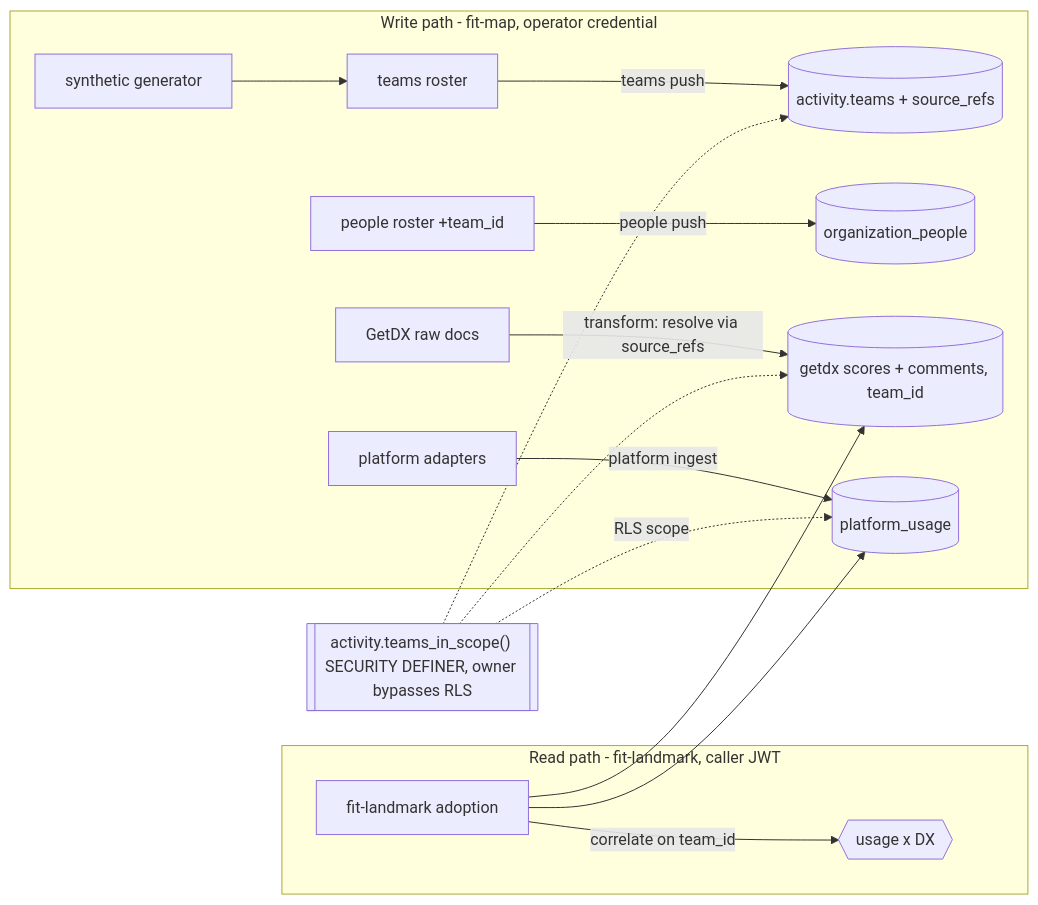
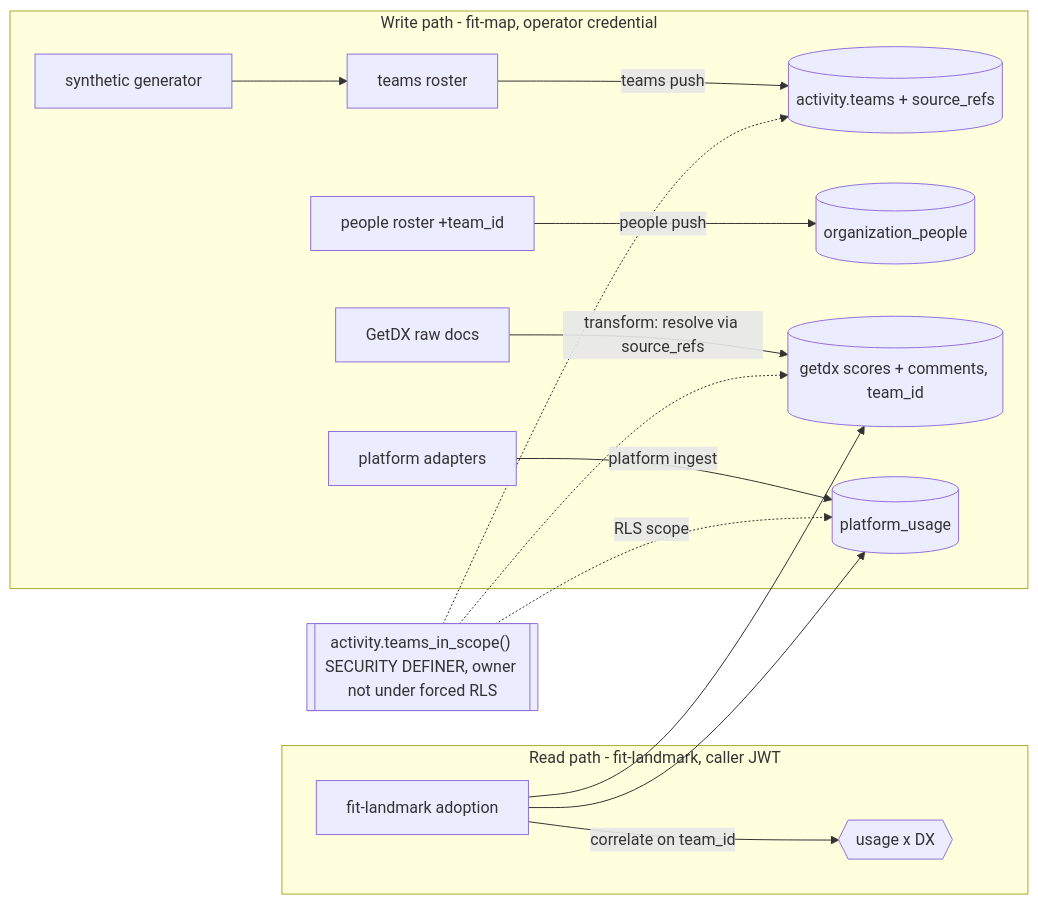
One commit to forwardimpact/monorepo changed the diagram in specs/2080-platform-adoption-substrate/design-a.md. Above: the diagram before and after it, drawn with Mermaid. The commit also changed other lines of this file and 1 other file, not shown here.

````diff
--- a/specs/2080-platform-adoption-substrate/design-a.md
+++ b/specs/2080-platform-adoption-substrate/design-a.md
@@ -12,19 +13,19 @@
 ```mermaid
 flowchart LR
   subgraph authoring [Write path - fit-map, operator credential]
     TR[teams roster] -->|teams push| TEAMS[(activity.teams + source_refs)]
     SYN[synthetic generator] --> TR
     PR[people roster +team_id] -->|people push| OP[(organization_people)]
     GETDX[GetDX raw docs] -->|transform: resolve via source_refs| SCORES[(getdx scores + comments, team_id)]
     ADP[platform adapters] -->|platform ingest| USAGE[(platform_usage)]
   end
   subgraph read [Read path - fit-landmark, caller JWT]
     ADOPT[fit-landmark adoption] --> USAGE
     ADOPT --> SCORES
     ADOPT -->|correlate on team_id| CORR{{usage x DX}}
   end
-  SF[["activity.teams_in_scope() SECURITY DEFINER, owner bypasses RLS"]]
+  SF[["activity.teams_in_scope() SECURITY DEFINER, owner not under forced RLS"]]
   SF -. RLS scope .-> USAGE
   SF -.-> SCORES
   SF -.-> TEAMS
 ```
````
